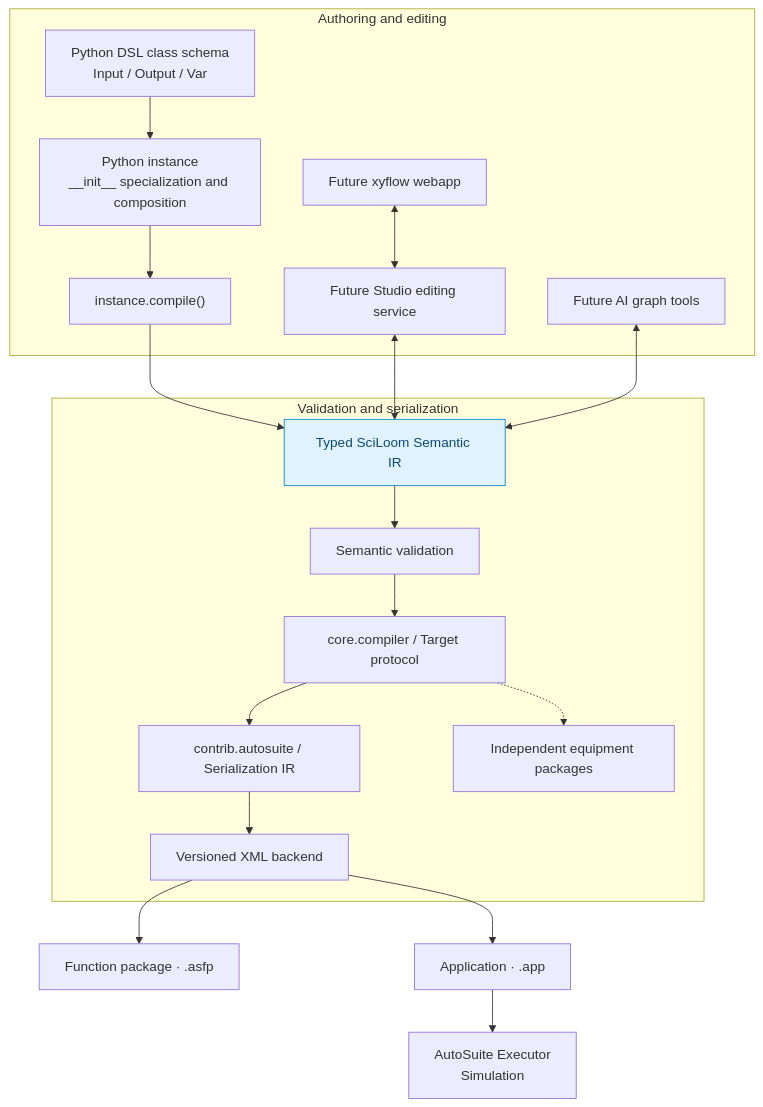
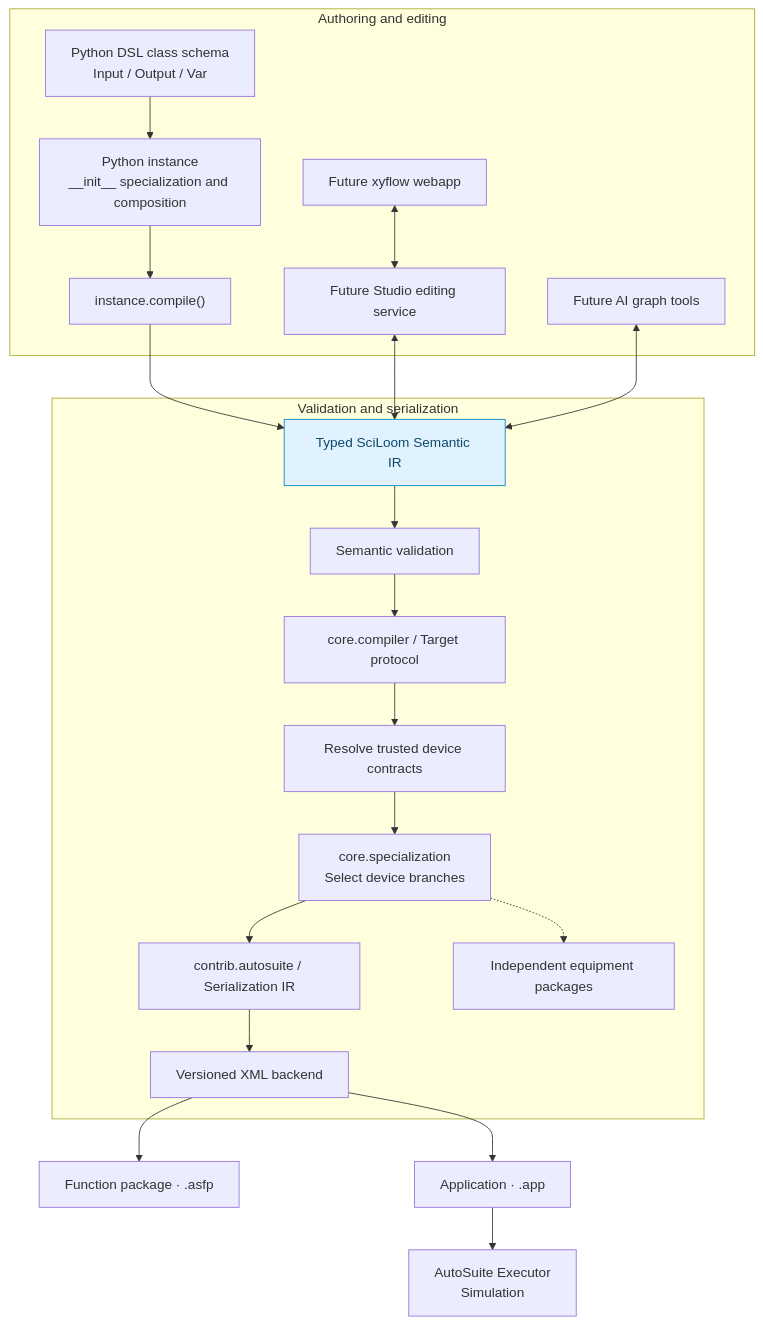
Before and after one commit to TsumiNa/sciloom: the diagram in docs/01_TARGET_ARCHITECTURE.md, drawn with Mermaid. The commit also changed 41 other files, not shown here.

````diff
--- a/docs/01_TARGET_ARCHITECTURE.md
+++ b/docs/01_TARGET_ARCHITECTURE.md
@@ -12,26 +12,28 @@
 ```mermaid
 flowchart TB
     subgraph Authoring["Authoring and editing"]
         Class["Python DSL class schema<br/>Input / Output / Var"] --> Instance["Python instance<br/>__init__ specialization and composition"]
         Instance --> Compile["instance.compile()"]
         GUI["Future xyflow webapp"]
         Studio["Future Studio editing service"]
         AI["Future AI graph tools"]
     end
     Compile --> IR["Typed SciLoom Semantic IR"]
     GUI <--> Studio
     Studio <--> IR
     AI <--> IR
     subgraph Backend["Validation and serialization"]
         IR --> Validate["Semantic validation"]
         Validate --> Compiler["core.compiler / Target protocol"]
-        Compiler --> SIR["contrib.autosuite / Serialization IR"]
-        Compiler -.-> Other["Independent equipment packages"]
+        Compiler --> Bind["Resolve trusted device contracts"]
+        Bind --> Specialize["core.specialization<br/>Select device branches"]
+        Specialize --> SIR["contrib.autosuite / Serialization IR"]
+        Specialize -.-> Other["Independent equipment packages"]
         SIR --> XML["Versioned XML backend"]
     end
     XML --> ASFP["Function package · .asfp"]
     XML --> APP["Application · .app"]
     APP --> Executor["AutoSuite Executor<br/>Simulation"]
     classDef core fill:#e0f2fe,stroke:#0284c7,color:#0c4a6e;
     class IR core;
 ```
````
